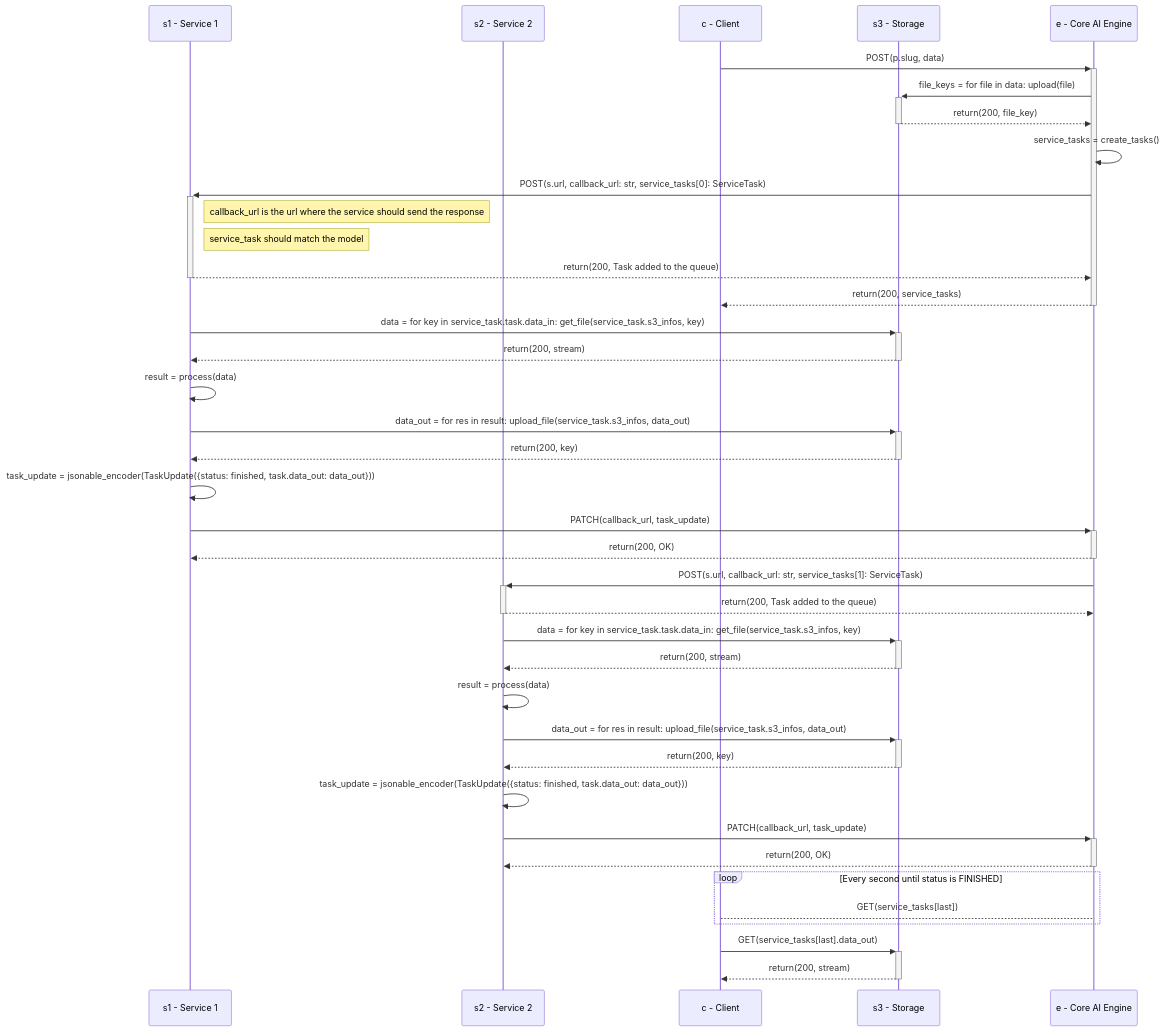
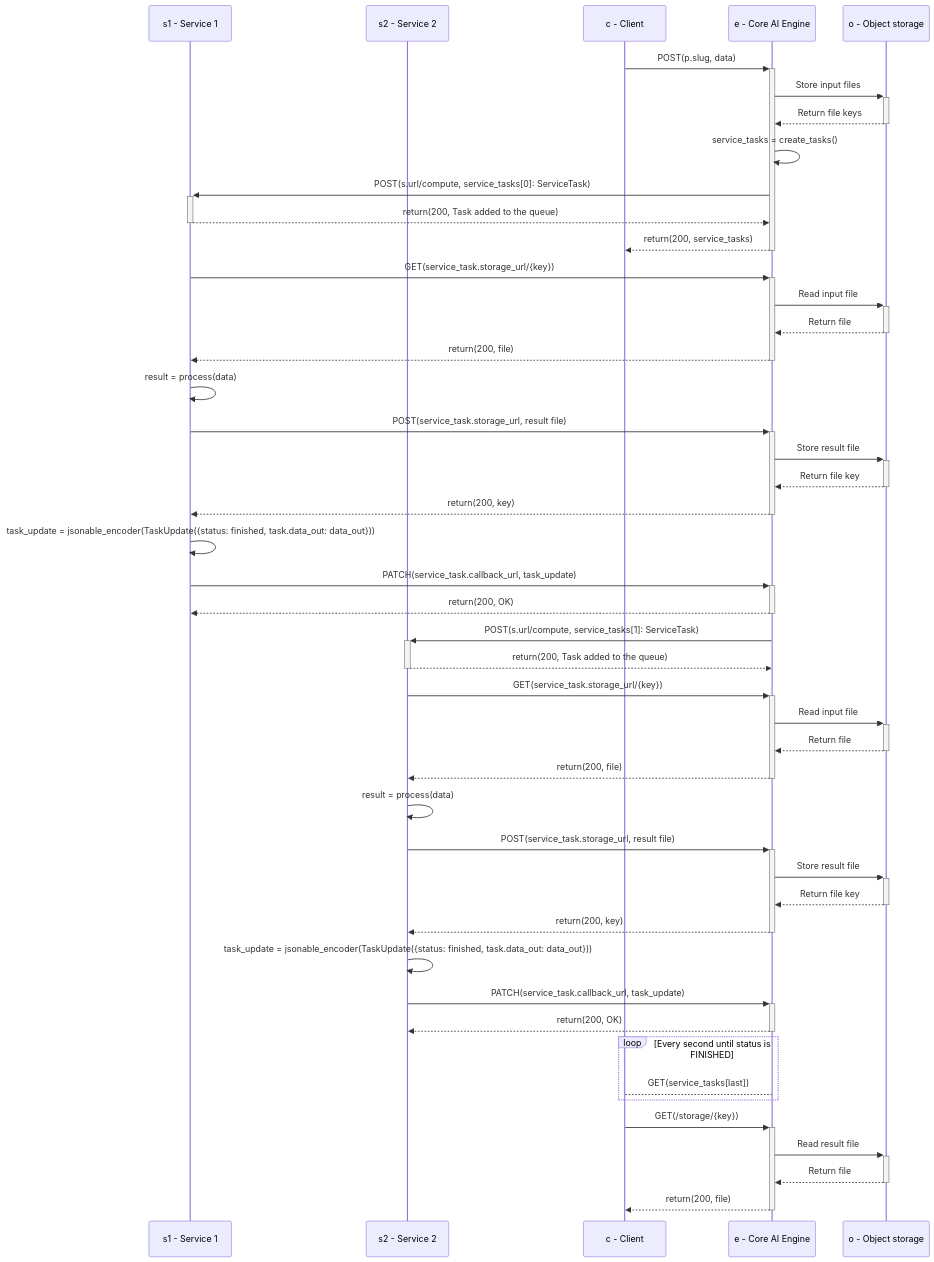
The diagram in docs/reference/core-concepts/pipeline.md (swiss-ai-center/documentation), drawn with Mermaid before and after one commit. The commit also changed other lines of this file and 4 other files, not shown here.

````diff
--- a/docs/reference/core-concepts/pipeline.md
+++ b/docs/reference/core-concepts/pipeline.md
@@ -18,40 +18,48 @@
 ```mermaid
 sequenceDiagram
     participant S1 as s1 - Service 1
     participant S2 as s2 - Service 2
     participant C as c - Client
-    participant S3 as s3 - Storage
     participant E as e - Core AI Engine
+    participant O as o - Object storage
     C->>+E: POST(p.slug, data)
-    E->>+S3: file_keys = for file in data: upload(file)
-    S3-->>-E: return(200, file_key)
+    E->>+O: Store input files
+    O-->>-E: Return file keys
     E->>E: service_tasks = create_tasks()
-    E->>+S1: POST(s.url, callback_url: str, service_tasks[0]: ServiceTask)
-    Note right of S1: callback_url is the url where the service should send the response
-    Note right of S1: service_task should match the model
+    E->>+S1: POST(s.url/compute, service_tasks[0]: ServiceTask)
     S1-->>-E: return(200, Task added to the queue)
     E-->>-C: return(200, service_tasks)
-    S1->>+S3: data = for key in service_task.task.data_in: get_file(service_task.s3_infos, key)
-    S3-->>-S1: return(200, stream)
+    S1->>+E: GET(service_task.storage_url/{key})
+    E->>+O: Read input file
+    O-->>-E: Return file
+    E-->>-S1: return(200, file)
     S1->>S1: result = process(data)
-    S1->>+S3: data_out = for res in result: upload_file(service_task.s3_infos, data_out)
-    S3-->>-S1: return(200, key)
+    S1->>+E: POST(service_task.storage_url, result file)
+    E->>+O: Store result file
+    O-->>-E: Return file key
+    E-->>-S1: return(200, key)
     S1->>S1: task_update = jsonable_encoder(TaskUpdate({status: finished, task.data_out: data_out}))
-    S1->>+E: PATCH(callback_url, task_update)
+    S1->>+E: PATCH(service_task.callback_url, task_update)
     E-->>-S1: return(200, OK)
-    E->>+S2: POST(s.url, callback_url: str, service_tasks[1]: ServiceTask)
+    E->>+S2: POST(s.url/compute, service_tasks[1]: ServiceTask)
     S2-->>-E: return(200, Task added to the queue)
-    S2->>+S3: data = for key in service_task.task.data_in: get_file(service_task.s3_infos, key)
-    S3-->>-S2: return(200, stream)
+    S2->>+E: GET(service_task.storage_url/{key})
+    E->>+O: Read input file
+    O-->>-E: Return file
+    E-->>-S2: return(200, file)
     S2->>S2: result = process(data)
-    S2->>+S3: data_out = for res in result: upload_file(service_task.s3_infos, data_out)
-    S3-->>-S2: return(200, key)
+    S2->>+E: POST(service_task.storage_url, result file)
+    E->>+O: Store result file
+    O-->>-E: Return file key
+    E-->>-S2: return(200, key)
     S2->>S2: task_update = jsonable_encoder(TaskUpdate({status: finished, task.data_out: data_out}))
-    S2->>+E: PATCH(callback_url, task_update)
+    S2->>+E: PATCH(service_task.callback_url, task_update)
     E-->>-S2: return(200, OK)
     loop Every second until status is FINISHED
         C-->E: GET(service_tasks[last])
     end
-    C->>+S3: GET(service_tasks[last].data_out)
-    S3-->>-C: return(200, stream)
+    C->>+E: GET(/storage/{key})
+    E->>+O: Read result file
+    O-->>-E: Return file
+    E-->>-C: return(200, file)
 ```
````
